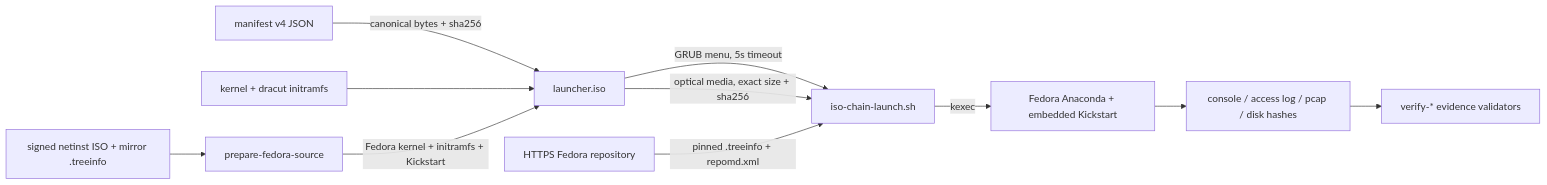
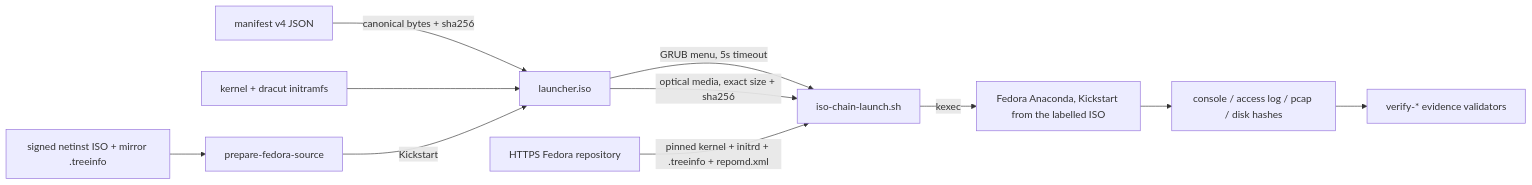
Before and after one commit to randomparity/iso-chain-loader: the diagram in AGENTS.md, drawn with Mermaid. The commit also changed other lines of this file and 2 other files, not shown here.

First line of the commit message:
docs: align README and AGENTS with the Kickstart-only ISO

````diff
--- a/AGENTS.md
+++ b/AGENTS.md
@@ -24,13 +24,13 @@
 ```mermaid
 graph LR
   N[signed netinst ISO + mirror .treeinfo] --> P[prepare-fedora-source]
   M[manifest v4 JSON] -->|canonical bytes + sha256| ISO[launcher.iso]
   K[kernel + dracut initramfs] --> ISO
-  P -->|Fedora kernel + initramfs + Kickstart| ISO
+  P -->|Kickstart| ISO
   ISO -->|GRUB menu, 5s timeout| L[iso-chain-launch.sh]
   ISO -->|optical media, exact size + sha256| L
-  R[HTTPS Fedora repository] -->|pinned .treeinfo + repomd.xml| L
-  L -->|kexec| A[Fedora Anaconda + embedded Kickstart]
+  R[HTTPS Fedora repository] -->|pinned kernel + initrd + .treeinfo + repomd.xml| L
+  L -->|kexec| A[Fedora Anaconda, Kickstart from the labelled ISO]
   A --> E[console / access log / pcap / disk hashes]
   E --> V[verify-* evidence validators]
 ```
````
